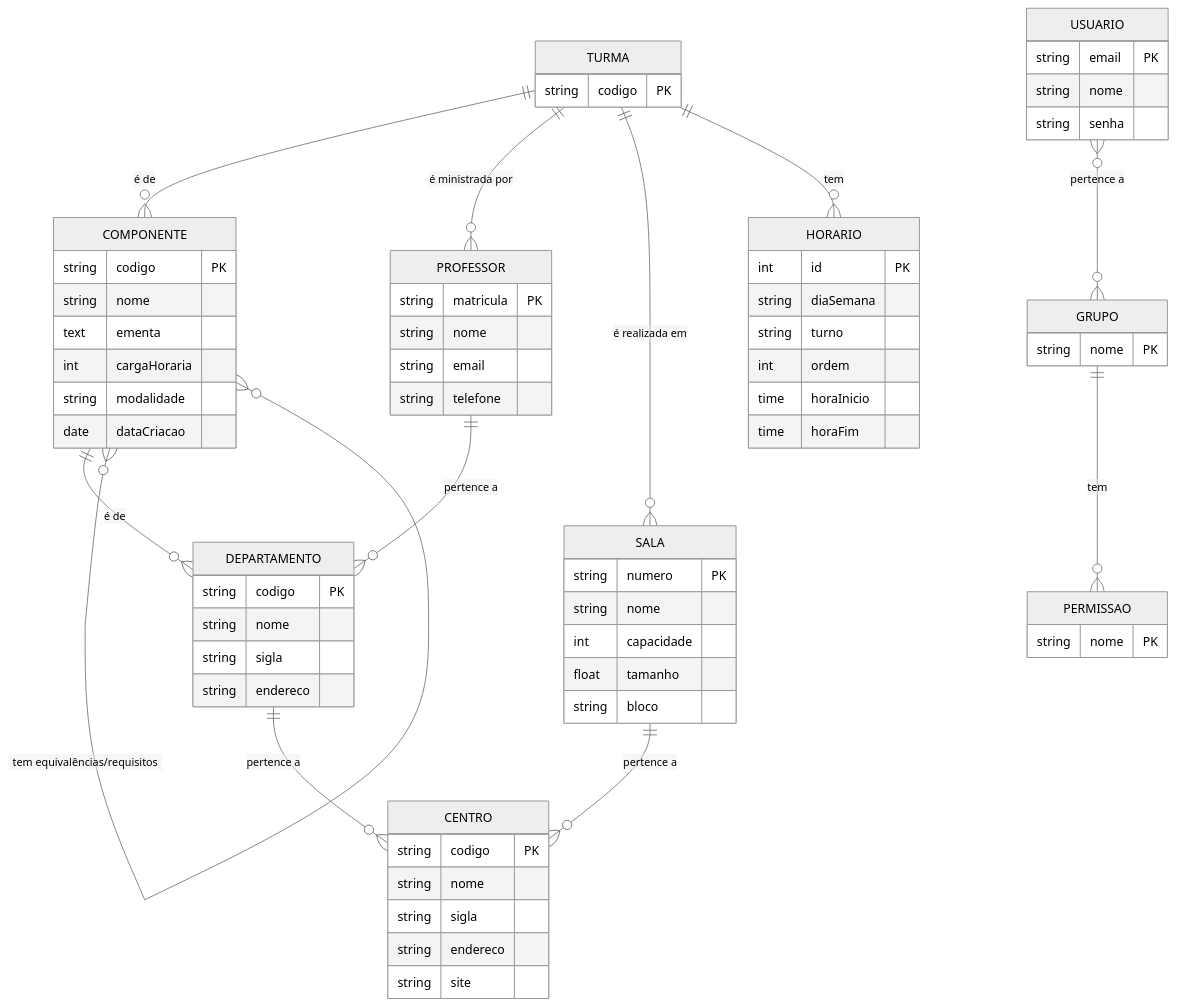
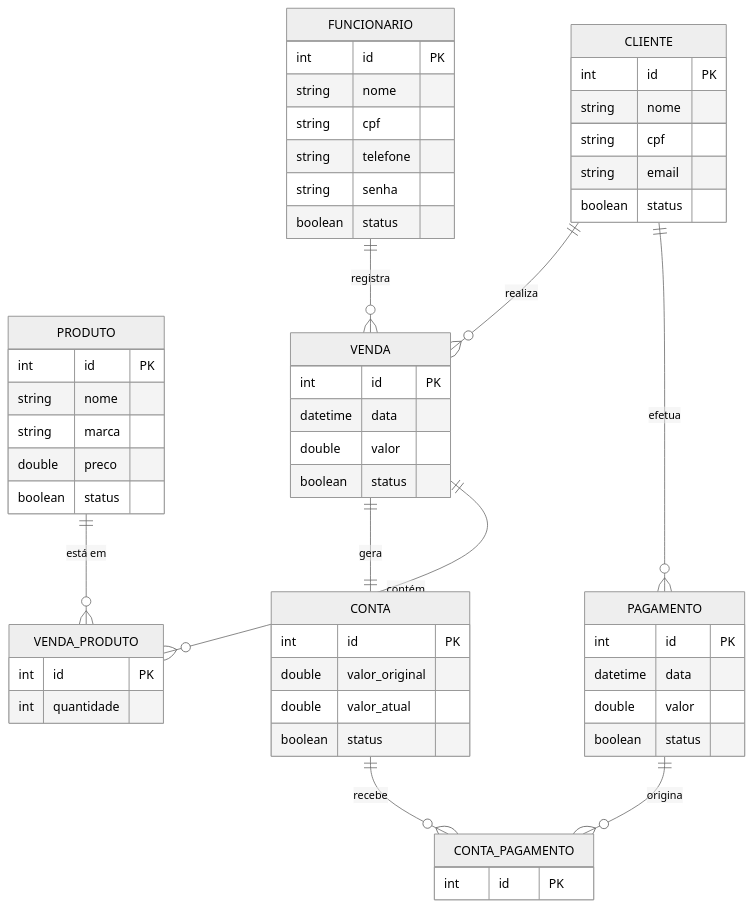
Before and after one commit to ThomasReyel/projeto_eng_software: the diagram in docs/Documento de Visão.md, drawn with Mermaid (neutral theme). The commit also changed other lines of this file, not shown here.

Commit message:
docs:Atualizar topico para insirir o modelo conceitual do projeto #2
Adicionado o topico/modelo conceitual utilizando o mermaind

````diff
--- a/docs/Documento de Visão.md
+++ b/docs/Documento de Visão.md
@@ -160,80 +160,67 @@
 ```mermaid
 erDiagram
-    CENTRO {
-        string codigo PK
+    FUNCIONARIO {
+        int id PK
         string nome
-        string sigla
-        string endereco
-        string site
+        string cpf
+        string telefone
+        string senha
+        boolean status
     }
 
-
-    DEPARTAMENTO {
-        string codigo PK
+    CLIENTE {
+        int id PK
         string nome
-        string sigla
-        string endereco
-    }
-    DEPARTAMENTO ||--o{ CENTRO : "pertence a"
-
-    SALA {
-        string numero PK
-        string nome
-        int capacidade
-        float tamanho
-        string bloco
-    }
-    SALA ||--o{ CENTRO : "pertence a"
-
-    COMPONENTE {
-        string codigo PK
-        string nome
-        text ementa
-        int cargaHoraria
-        string modalidade
-        date dataCriacao
-    }
-    COMPONENTE ||--o{ DEPARTAMENTO : "é de"
-    COMPONENTE }o--o{ COMPONENTE : "tem equivalências/requisitos"
-
-    HORARIO {
-        int id PK
-        string diaSemana
-        string turno
-        int ordem
-        time horaInicio
-        time horaFim
+        string cpf
+        string email
+        boolean status
     }
 
-    PROFESSOR {
-        string matricula PK
+    PRODUTO {
+        int id PK
         string nome
-        string email
-        string telefone
+        string marca
+        double preco
+        boolean status
     }
-    PROFESSOR ||--o{ DEPARTAMENTO : "pertence a"
 
-    TURMA {
-        string codigo PK
+    VENDA {
+        int id PK
+        datetime data
+        double valor
+        boolean status
     }
-    TURMA ||--o{ COMPONENTE : "é de"
-    TURMA ||--o{ PROFESSOR : "é ministrada por"
-    TURMA ||--o{ SALA : "é realizada em"
-    TURMA ||--o{ HORARIO : "tem"
 
-    USUARIO {
-        string email PK
-        string nome
-        string senha
+    VENDA_PRODUTO {
+        int id PK
+        int quantidade
     }
-    USUARIO }o--o{ GRUPO : "pertence a"
 
-    GRUPO {
-        string nome PK
+    CONTA {
+        int id PK
+        double valor_original
+        double valor_atual
+        boolean status
     }
-    GRUPO ||--o{ PERMISSAO : "tem"
 
-    PERMISSAO {
-        string nome PK
+    PAGAMENTO {
+        int id PK
+        datetime data
+        double valor
+        boolean status
     }
+
+    CONTA_PAGAMENTO {
+        int id PK
+    }
+
+    CLIENTE ||--o{ VENDA : "realiza"
+    CLIENTE ||--o{ PAGAMENTO : "efetua"
+    FUNCIONARIO ||--o{ VENDA : "registra"
+    VENDA ||--|| CONTA : "gera"
+    VENDA ||--o{ VENDA_PRODUTO : "contém"
+    PRODUTO ||--o{ VENDA_PRODUTO : "está em"
+    CONTA ||--o{ CONTA_PAGAMENTO : "recebe"
+    PAGAMENTO ||--o{ CONTA_PAGAMENTO : "origina"
+
 ```
````
